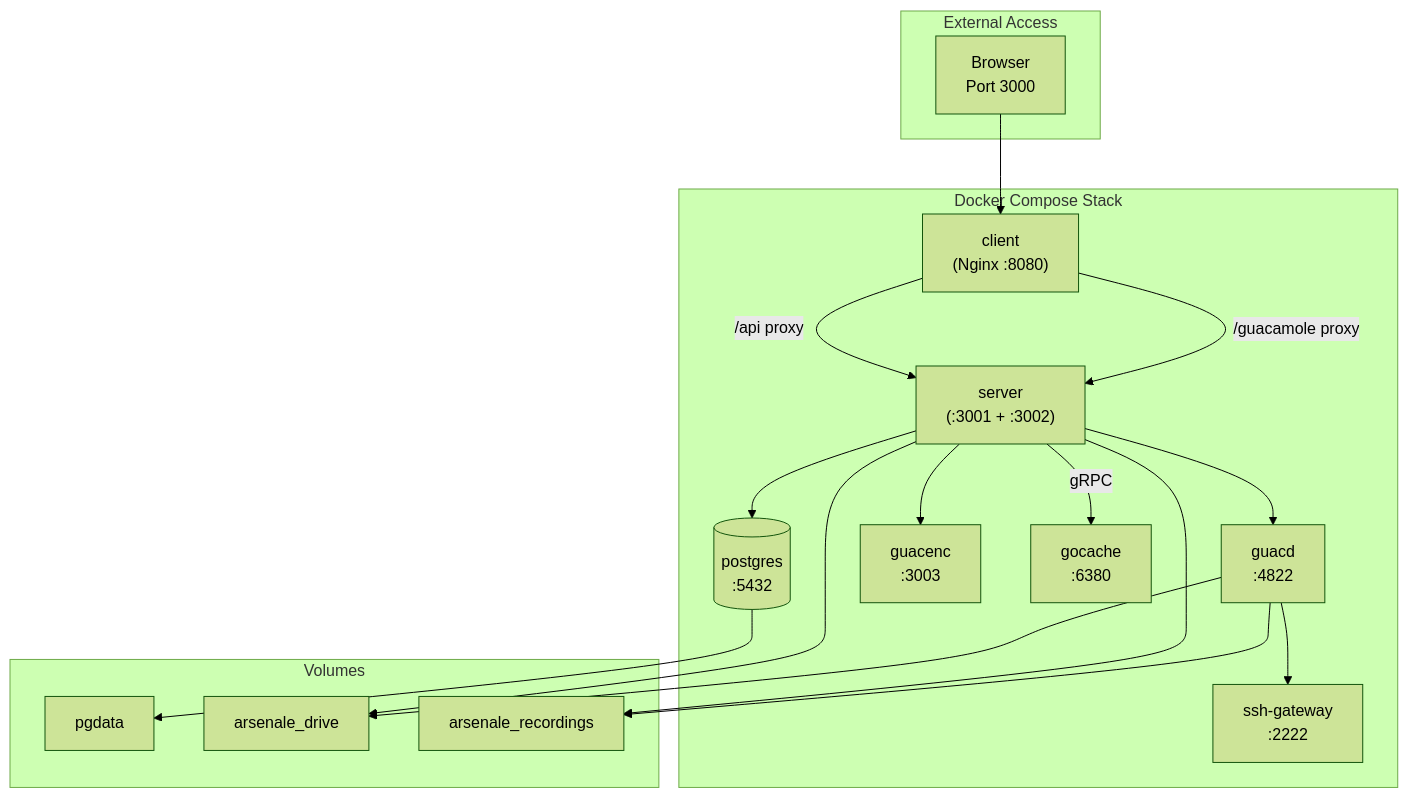
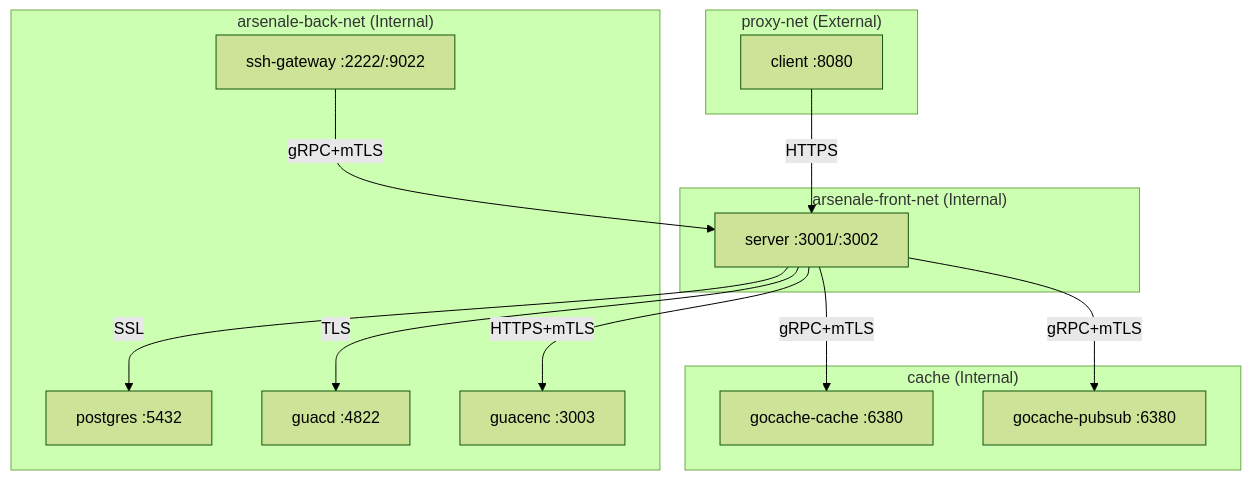
One commit to dnviti/remote-desktop-manager changed the second of 4 diagrams in docs/deployment.md. Above: the diagram before and after it, drawn with Mermaid (forest theme). The commit also changed other lines of this file and 177 other files, not shown here.

````diff
--- a/docs/deployment.md
+++ b/docs/deployment.md
@@ -34,37 +92,30 @@
 ```mermaid
 flowchart TD
-    subgraph External["External Access"]
-        Browser["Browser<br/>Port 3000"]
+    subgraph proxy["proxy-net (External)"]
+        Client["client :8080"]
     end
 
-    subgraph Stack["Docker Compose Stack"]
-        Client["client<br/>(Nginx :8080)"]
-        Server["server<br/>(:3001 + :3002)"]
-        Postgres[(postgres<br/>:5432)]
-        GuacD["guacd<br/>:4822"]
-        GuacEnc["guacenc<br/>:3003"]
-        SSHGw["ssh-gateway<br/>:2222"]
-        GoCache["gocache<br/>:6380"]
+    subgraph front["arsenale-front-net (Internal)"]
+        Server["server :3001/:3002"]
     end
 
-    Browser --> Client
-    Client -->|/api proxy| Server
-    Client -->|/guacamole proxy| Server
-    Server --> Postgres
-    Server -->|gRPC| GoCache
-    Server --> GuacD
-    Server --> GuacEnc
-    GuacD --> SSHGw
-
-    subgraph Volumes
-        pgdata["pgdata"]
-        drive["arsenale_drive"]
-        recordings["arsenale_recordings"]
+    subgraph back["arsenale-back-net (Internal)"]
+        Postgres["postgres :5432"]
+        Guacd["guacd :4822"]
+        SSHGw["ssh-gateway :2222/:9022"]
+        Guacenc["guacenc :3003"]
     end
 
-    Postgres --> pgdata
-    Server --> drive
-    Server --> recordings
-    GuacD --> drive
-    GuacD --> recordings
+    subgraph cache["cache (Internal)"]
+        KV["gocache-cache :6380"]
+        PubSub["gocache-pubsub :6380"]
+    end
+
+    Client -->|"HTTPS"| Server
+    Server -->|"SSL"| Postgres
+    Server -->|"TLS"| Guacd
+    Server -->|"gRPC+mTLS"| KV
+    Server -->|"gRPC+mTLS"| PubSub
+    Server -->|"HTTPS+mTLS"| Guacenc
+    SSHGw -->|"gRPC+mTLS"| Server
 ```
````
